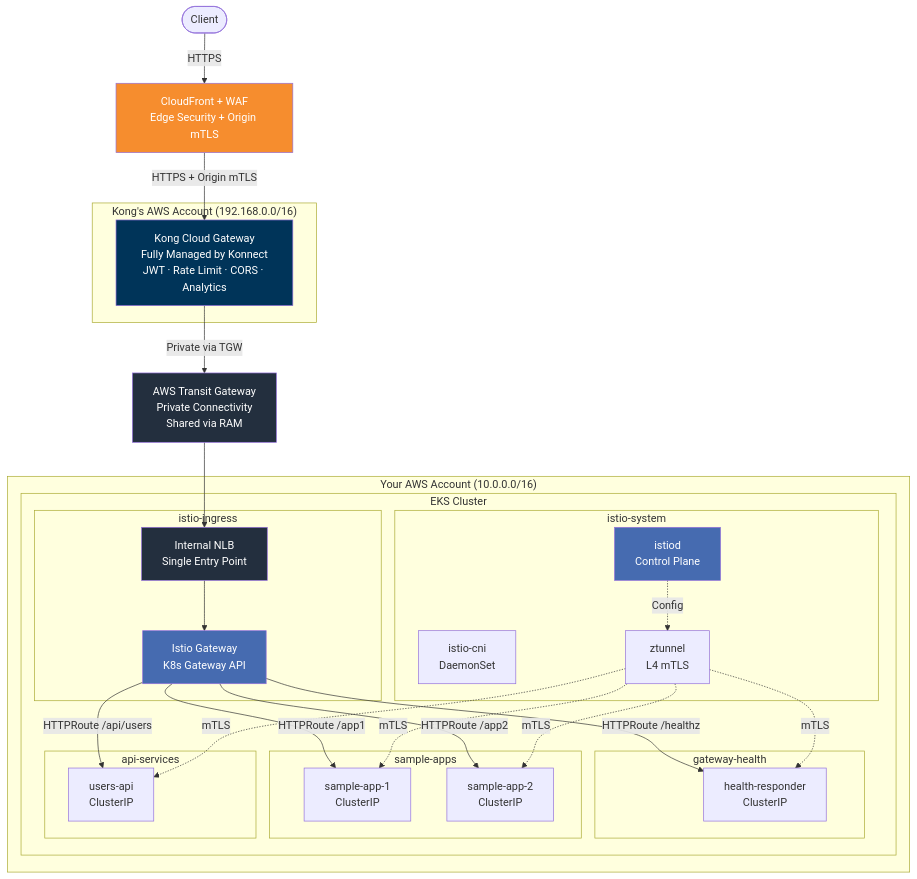
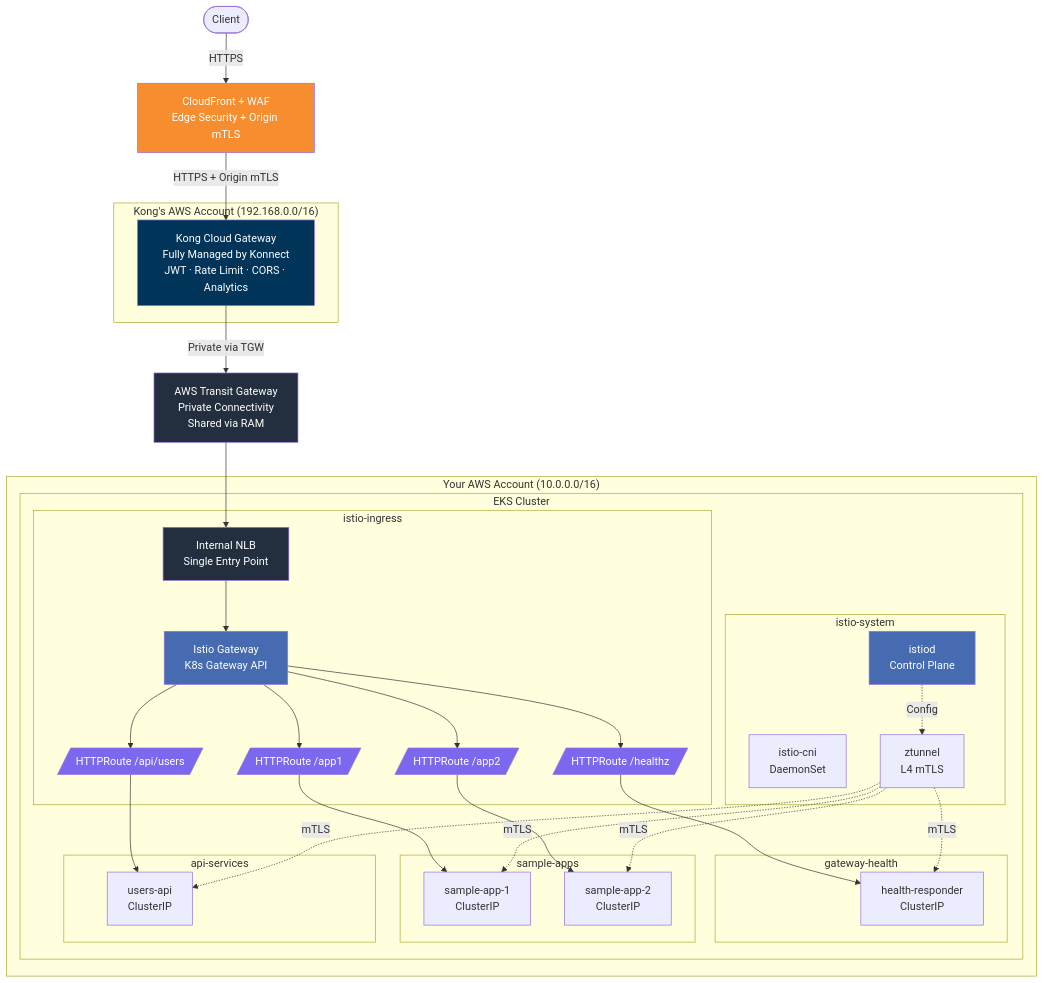
Before and after one commit to shanaka-versent/Kong-Konnect-Cloud-Gateway-on-EKS: the first of 4 diagrams in README.md, drawn with Mermaid.

Commit message:
Add HTTPRoute boxes to architecture diagram
Show HTTPRoutes as distinct nodes in the mermaid diagram instead of
arrow labels, making the routing layer more visible.

````diff
--- a/README.md
+++ b/README.md
@@ -11,57 +11,69 @@
 ```mermaid
 graph TB
     Client([Client])
     CF[CloudFront + WAF<br/>Edge Security + Origin mTLS]
 
     subgraph "Kong's AWS Account (192.168.0.0/16)"
         Kong[Kong Cloud Gateway<br/>Fully Managed by Konnect<br/>JWT · Rate Limit · CORS · Analytics]
     end
 
     TGW[AWS Transit Gateway<br/>Private Connectivity<br/>Shared via RAM]
 
     subgraph "Your AWS Account (10.0.0.0/16)"
         subgraph EKS Cluster
             subgraph istio-system
                 Istiod[istiod<br/>Control Plane]
                 CNI[istio-cni<br/>DaemonSet]
                 ZT[ztunnel<br/>L4 mTLS]
             end
             subgraph istio-ingress
                 NLB[Internal NLB<br/>Single Entry Point]
                 IGW[Istio Gateway<br/>K8s Gateway API]
+                HR1[/HTTPRoute /healthz/]
+                HR2[/HTTPRoute /app1/]
+                HR3[/HTTPRoute /app2/]
+                HR4[/HTTPRoute /api/users/]
             end
             subgraph gateway-health
                 Health[health-responder<br/>ClusterIP]
             end
             subgraph sample-apps
                 App1[sample-app-1<br/>ClusterIP]
                 App2[sample-app-2<br/>ClusterIP]
             end
             subgraph api-services
                 API[users-api<br/>ClusterIP]
             end
         end
     end
 
     Client -->|HTTPS| CF
     CF -->|HTTPS + Origin mTLS| Kong
     Kong -->|Private via TGW| TGW
     TGW --> NLB
     NLB --> IGW
-    IGW -->|HTTPRoute /healthz| Health
-    IGW -->|HTTPRoute /app1| App1
-    IGW -->|HTTPRoute /app2| App2
-    IGW -->|HTTPRoute /api/users| API
+    IGW --> HR1
+    IGW --> HR2
+    IGW --> HR3
+    IGW --> HR4
+    HR1 --> Health
+    HR2 --> App1
+    HR3 --> App2
+    HR4 --> API
     Istiod -.->|Config| ZT
     ZT -.->|mTLS| App1
     ZT -.->|mTLS| App2
     ZT -.->|mTLS| API
     ZT -.->|mTLS| Health
 
     style Kong fill:#003459,color:#fff
     style IGW fill:#466BB0,color:#fff
     style Istiod fill:#466BB0,color:#fff
     style CF fill:#F68D2E,color:#fff
     style TGW fill:#232F3E,color:#fff
     style NLB fill:#232F3E,color:#fff
+    style HR1 fill:#7B68EE,color:#fff
+    style HR2 fill:#7B68EE,color:#fff
+    style HR3 fill:#7B68EE,color:#fff
+    style HR4 fill:#7B68EE,color:#fff
 ```
````
